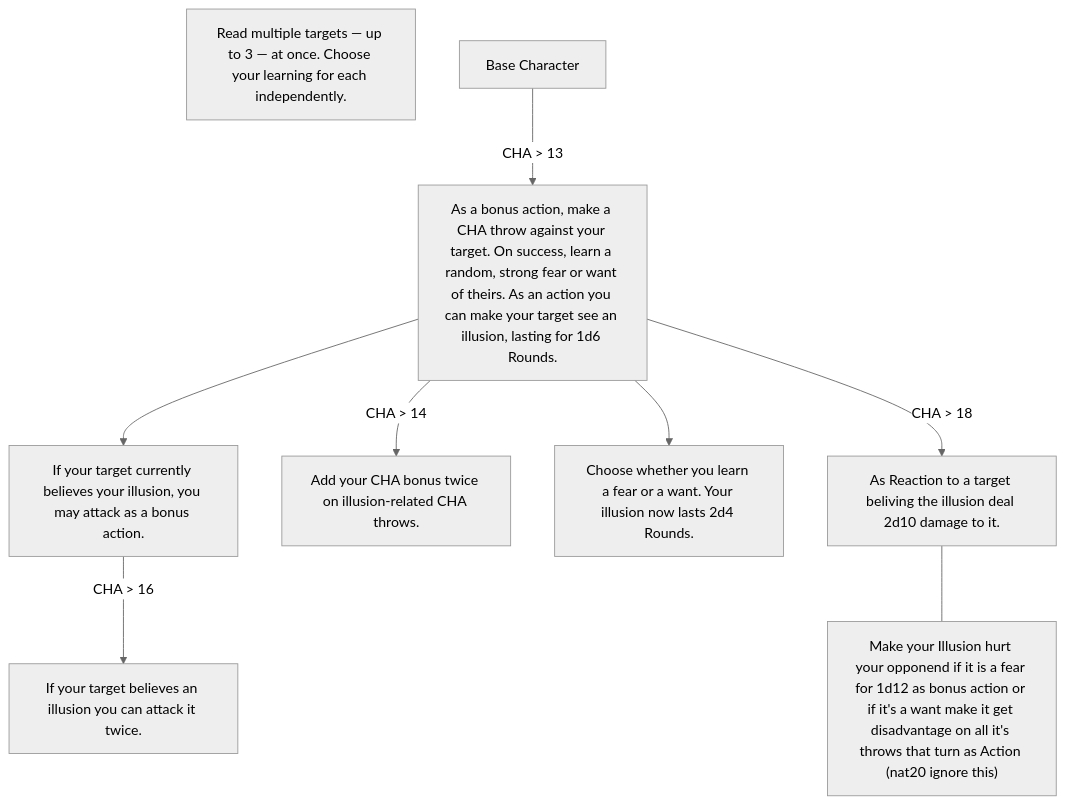
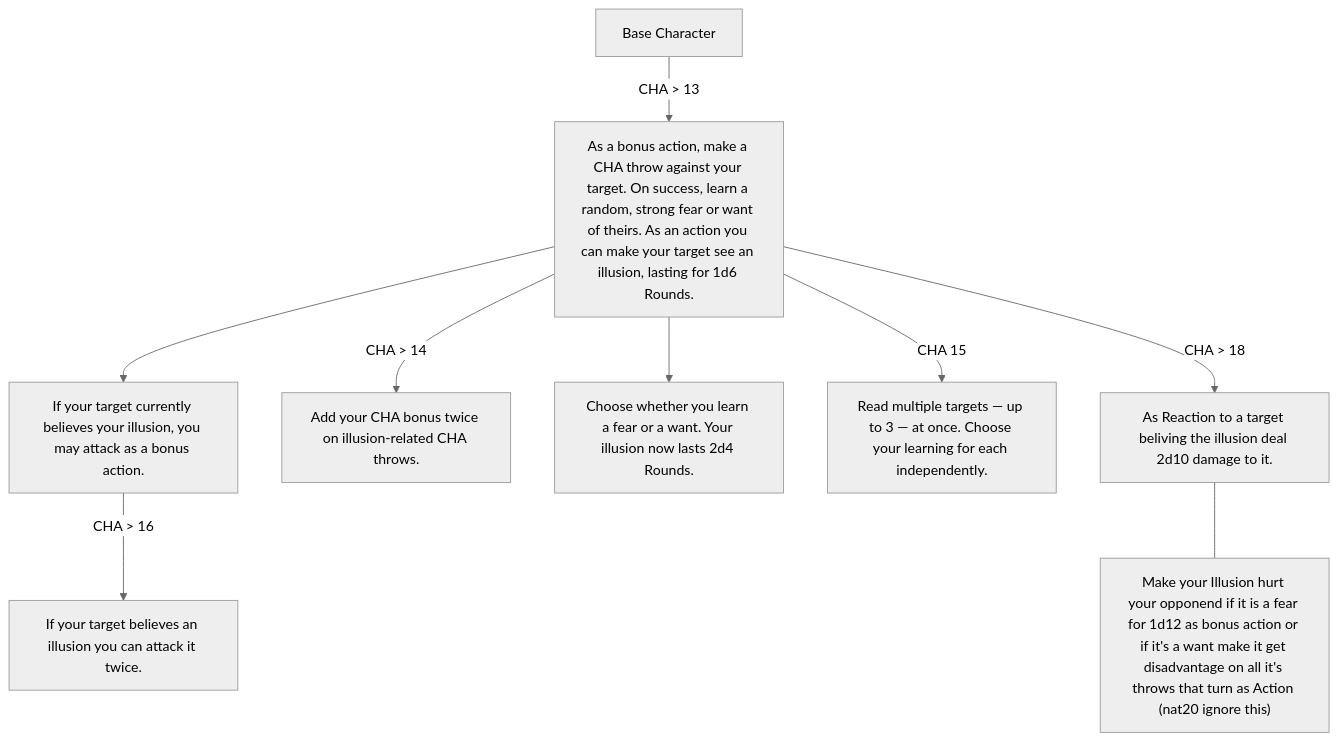
Diagram 18 of 28 in Classes and Races/Classes/Class-Handbook.md (WiIdNeo/DnD), drawn with Mermaid (neutral theme) before and after one commit. The commit also changed other lines of this file, not shown here.

````diff
--- a/Classes and Races/Classes/Class-Handbook.md
+++ b/Classes and Races/Classes/Class-Handbook.md
@@ -493,20 +493,21 @@
 ```mermaid
 flowchart TD
 
 A[Base Character]
 
 1["As a bonus action, make a CHA throw against your target. On success, learn a random, strong fear or want of theirs. As an action you can make your target see an illusion, lasting for 1d6 Rounds."]
 2["If your target currently believes your illusion, you may attack as a bonus action."]
 3["Add your CHA bonus twice on illusion-related CHA throws."]
 4["Choose whether you learn a fear or a want. Your illusion now lasts 2d4 Rounds."]
 5["Read multiple targets — up to 3 — at once. Choose your learning for each independently."]
 6["If your target believes an illusion you can attack it twice."]
 7["As Reaction to a target beliving the illusion deal 2d10 damage to it."]
 8["Make your Illusion hurt your opponend if it is a fear for 1d12 as bonus action or if it's a want make it get disadvantage on all it's throws that turn as Action (nat20 ignore this)"]
 
 A --> |CHA > 13|1
 1 --> 2 -->|CHA > 16| 6
 1 --> |CHA > 14|3
 1 --> 4
 1 --> |CHA > 18| 7 --- 8
+1 --> |CHA 15|5
 ```
````
